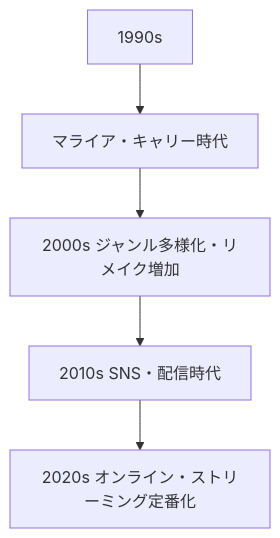
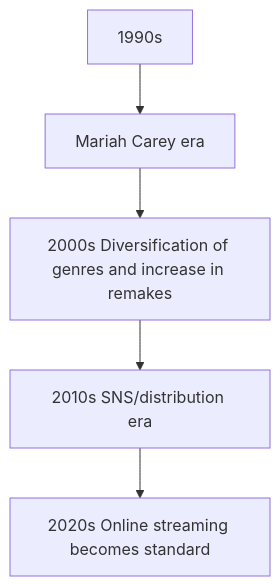
Before and after one commit to monumental-movement/monumental-movement.github.io: the sixth of 6 diagrams in en/_posts/2025-11-16-column-christmas-songs-history.md, drawn with Mermaid. The commit also changed other lines of this file and 152 other files, not shown here.

```diff
--- a/en/_posts/2025-11-16-column-christmas-songs-history.md
+++ b/en/_posts/2025-11-16-column-christmas-songs-history.md
@@ -208,9 +208,9 @@
 <div class="mermaid">
 
 graph TD
-A[1990s] --> B[マライア・キャリー時代]
-B --> C[2000s ジャンル多様化・リメイク増加]
-C --> D[2010s SNS・配信時代]
-D --> E[2020s オンライン・ストリーミング定番化]
+A[1990s] --> B[Mariah Carey era]
+B --> C[2000s Diversification of genres and increase in remakes]
+C --> D[2010s SNS/distribution era]
+D --> E[2020s Online streaming becomes standard]
 
 </div>
```
